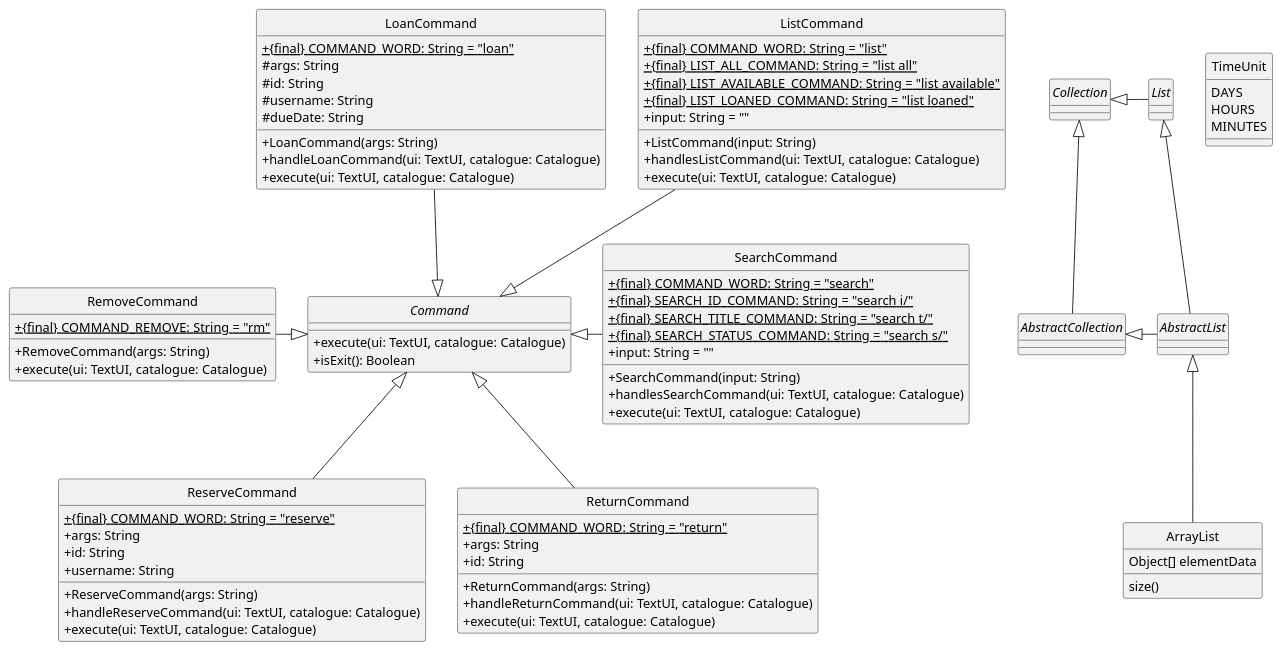
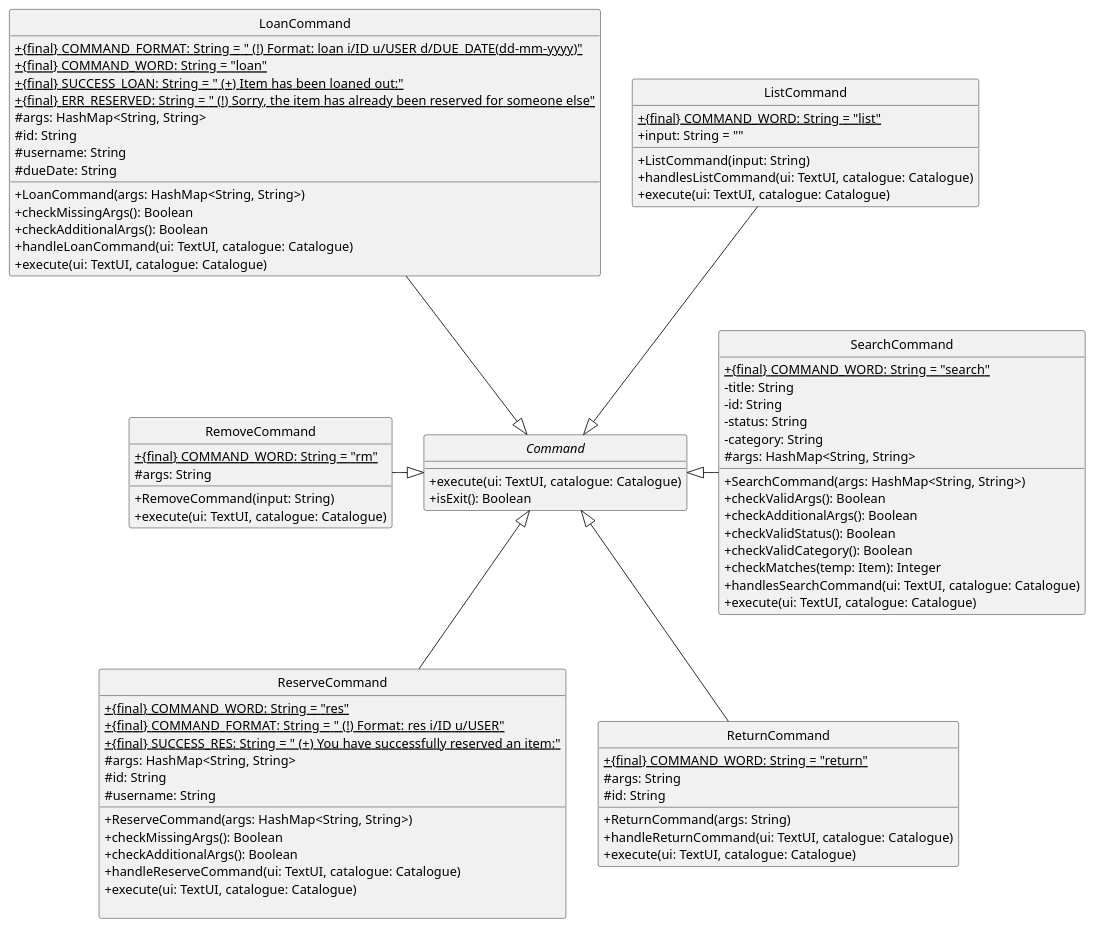
Before and after one commit to nus-cs2113-AY2122S1/tp: the diagram in docs/diagrams/ParserAndCommandClassDiagram2.puml, drawn with PlantUML. The commit also changed 7 other files, not shown here.

Commit message:
Update class diagrams and include more details in DG

```diff
--- a/docs/diagrams/ParserAndCommandClassDiagram2.puml
+++ b/docs/diagrams/ParserAndCommandClassDiagram2.puml
@@ -1,104 +1,96 @@
 @startuml
 'https://plantuml.com/class-diagram
 
 hide circle
 skinparam classAttributeIconSize 0
 
 Command <|-up- ListCommand
 Command <|-up- LoanCommand
 Command <|-left- RemoveCommand
 Command <|-- ReserveCommand
 Command <|-- ReturnCommand
 Command <|-right- SearchCommand
 
 
 abstract class Command {
 + execute(ui: TextUI, catalogue: Catalogue)
 + isExit(): Boolean
 }
 
 class ListCommand {
 + {static} {final} COMMAND_WORD: String = "list"
-+ {static} {final} LIST_ALL_COMMAND: String = "list all"
-+ {static} {final} LIST_AVAILABLE_COMMAND: String = "list available"
-+ {static} {final} LIST_LOANED_COMMAND: String = "list loaned"
 + input: String = ""
 + ListCommand(input: String)
 + handlesListCommand(ui: TextUI, catalogue: Catalogue)
 + execute(ui: TextUI, catalogue: Catalogue)
 }
 
 class LoanCommand {
++ {static} {final} COMMAND_FORMAT: String = "  (!) Format: loan i/ID u/USER d/DUE_DATE(dd-mm-yyyy)"
 + {static} {final} COMMAND_WORD: String = "loan"
-# args: String
++ {static} {final} SUCCESS_LOAN: String = "  (+) Item has been loaned out:"
++ {static} {final} ERR_RESERVED: String = "  (!) Sorry, the item has already been reserved for someone else"
+# args: HashMap<String, String>
 # id: String
 # username: String
 # dueDate: String
-+ LoanCommand(args: String)
+__
++ LoanCommand(args: HashMap<String, String>)
++ checkMissingArgs(): Boolean
++ checkAdditionalArgs(): Boolean
 + handleLoanCommand(ui: TextUI, catalogue: Catalogue)
 + execute(ui: TextUI, catalogue: Catalogue)
 }
 
 class RemoveCommand {
-+ {static} {final} COMMAND_REMOVE: String = "rm"
-+ RemoveCommand(args: String)
++ {static} {final} COMMAND_WORD: String = "rm"
+# args: String
++ RemoveCommand(input: String)
 + execute(ui: TextUI, catalogue: Catalogue)
 }
 
 class ReserveCommand {
-+ {static} {final} COMMAND_WORD: String = "reserve"
-+ args: String
-+ id: String
-+ username: String
-+ ReserveCommand(args: String)
++ {static} {final} COMMAND_WORD: String = "res"
++ {static} {final} COMMAND_FORMAT: String = "  (!) Format: res i/ID u/USER"
++ {static} {final} SUCCESS_RES: String = "  (+) You have successfully reserved an item:"
+# args: HashMap<String, String>
+# id: String
+# username: String
+__
++ ReserveCommand(args: HashMap<String, String>)
++ checkMissingArgs(): Boolean
++ checkAdditionalArgs(): Boolean
 + handleReserveCommand(ui: TextUI, catalogue: Catalogue)
 + execute(ui: TextUI, catalogue: Catalogue)
 
 }
 
 class ReturnCommand {
 + {static} {final} COMMAND_WORD: String = "return"
-+ args: String
-+ id: String
+# args: String
+# id: String
 + ReturnCommand(args: String)
 + handleReturnCommand(ui: TextUI, catalogue: Catalogue)
 + execute(ui: TextUI, catalogue: Catalogue)
 }
 
 class SearchCommand {
 + {static} {final} COMMAND_WORD: String = "search"
-+ {static} {final} SEARCH_ID_COMMAND: String = "search i/"
-+ {static} {final} SEARCH_TITLE_COMMAND: String = "search t/"
-+ {static} {final} SEARCH_STATUS_COMMAND: String = "search s/"
-+ input: String = ""
-+ SearchCommand(input: String)
+- title: String
+- id: String
+- status: String
+- category: String
+# args: HashMap<String, String>
++ SearchCommand(args: HashMap<String, String>)
++ checkValidArgs(): Boolean
++ checkAdditionalArgs(): Boolean
++ checkValidStatus(): Boolean
++ checkValidCategory(): Boolean
++ checkMatches(temp: Item): Integer
 + handlesSearchCommand(ui: TextUI, catalogue: Catalogue)
 + execute(ui: TextUI, catalogue: Catalogue)
 }
 
 
 
-abstract class AbstractList
-abstract AbstractCollection
-interface List
-interface Collection
-
-List <|-- AbstractList
-Collection <|-- AbstractCollection
-
-Collection <|- List
-AbstractCollection <|- AbstractList
-AbstractList <|-- ArrayList
-
-class ArrayList {
-Object[] elementData
-size()
-}
-
-enum TimeUnit {
-DAYS
-HOURS
-MINUTES
-}
-
 @enduml
```
